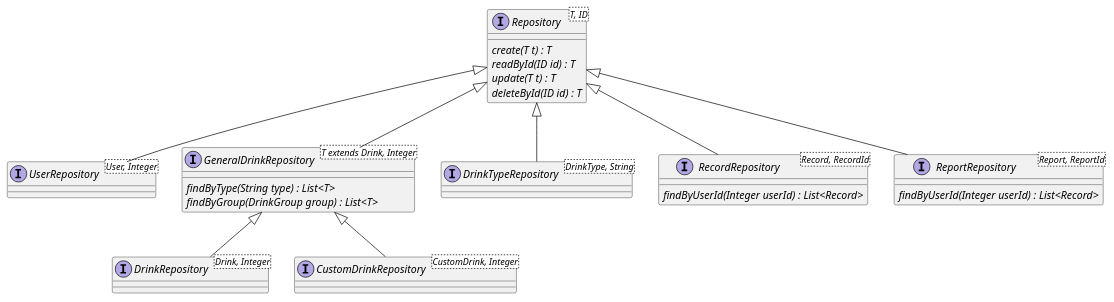
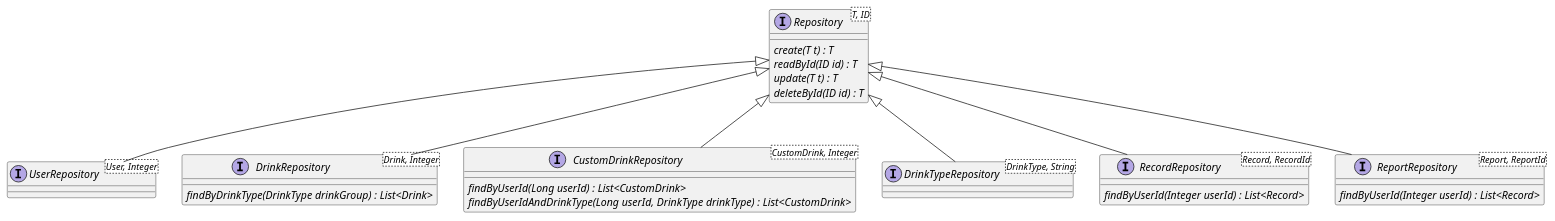
The diagram in schemas/uml/class/core_repositories.puml (laurenci/hydrotrack), drawn with PlantUML before and after one commit. The commit also changed 47 other files, not shown here.

```diff
--- a/schemas/uml/class/core_repositories.puml
+++ b/schemas/uml/class/core_repositories.puml
@@ -1,49 +1,44 @@
 @startuml
 interface Repository<T, ID> {
     {abstract} create(T t) : T
     {abstract} readById(ID id) : T
     {abstract} update(T t) : T
     {abstract} deleteById(ID id) : T
 }
 
 interface UserRepository<User, Integer> {
 
 }
 
-interface GeneralDrinkRepository<T extends Drink, Integer> {
-    {abstract} findByType(String type) : List<T>
-    {abstract} findByGroup(DrinkGroup group) : List<T>
-}
-
 interface DrinkRepository<Drink, Integer> {
-    
+    {abstract} findByDrinkType(DrinkType drinkGroup) : List<Drink>
 }
 
 interface CustomDrinkRepository<CustomDrink, Integer> {
-    
+    {abstract} findByUserId(Long userId) : List<CustomDrink>
+    {abstract} findByUserIdAndDrinkType(Long userId, DrinkType drinkType) : List<CustomDrink>
 }
 
 interface DrinkTypeRepository<DrinkType, String> {
 
 }
 
 interface RecordRepository<Record, RecordId> {
     {abstract} findByUserId(Integer userId) : List<Record>
 }
 
 interface ReportRepository<Report, ReportId> {
     {abstract} findByUserId(Integer userId) : List<Record>
 }
 
 Repository <|-- UserRepository
 
-Repository <|-- GeneralDrinkRepository
-GeneralDrinkRepository <|-- DrinkRepository
-GeneralDrinkRepository <|-- CustomDrinkRepository
+Repository <|-- DrinkRepository
+Repository <|-- CustomDrinkRepository
 
 Repository <|-- DrinkTypeRepository
 
 Repository <|-- RecordRepository
 
 Repository <|-- ReportRepository
 @enduml
```
